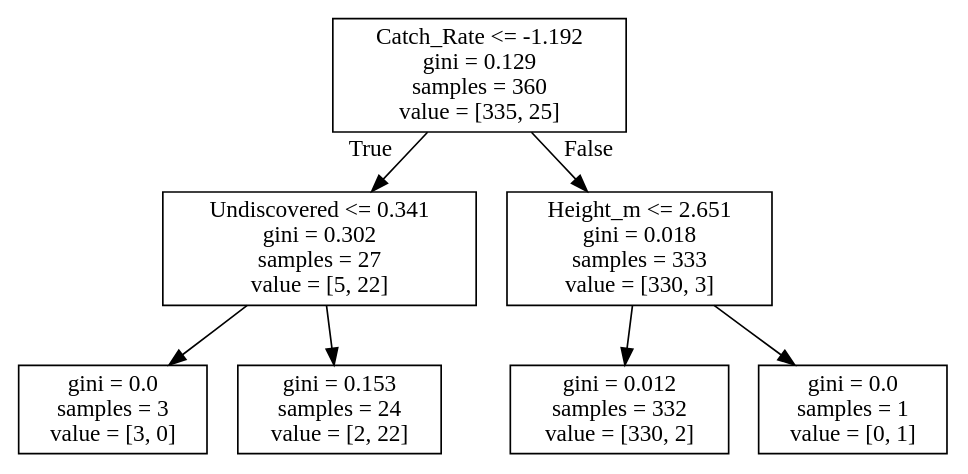
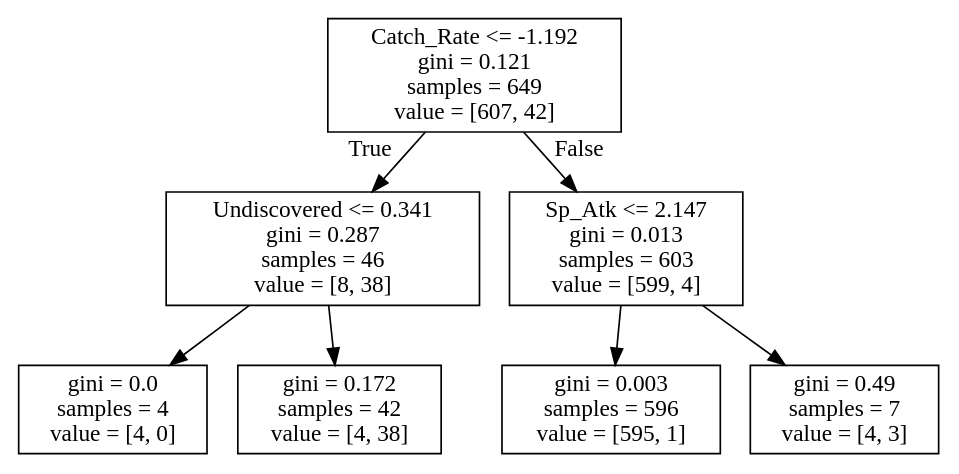
The diagram in Scripts/tree_Legendary.dot (ChristianHinge/Machine), drawn with Graphviz before and after one commit. The commit also changed 93 other files, not shown here.

```diff
--- a/Scripts/tree_Legendary.dot
+++ b/Scripts/tree_Legendary.dot
@@ -1,16 +1,16 @@
 digraph Tree {
 node [shape=box] ;
-0 [label="Catch_Rate <= -1.192\ngini = 0.129\nsamples = 360\nvalue = [335, 25]"] ;
-1 [label="Undiscovered <= 0.341\ngini = 0.302\nsamples = 27\nvalue = [5, 22]"] ;
+0 [label="Catch_Rate <= -1.192\ngini = 0.121\nsamples = 649\nvalue = [607, 42]"] ;
+1 [label="Undiscovered <= 0.341\ngini = 0.287\nsamples = 46\nvalue = [8, 38]"] ;
 0 -> 1 [labeldistance=2.5, labelangle=45, headlabel="True"] ;
-2 [label="gini = 0.0\nsamples = 3\nvalue = [3, 0]"] ;
+2 [label="gini = 0.0\nsamples = 4\nvalue = [4, 0]"] ;
 1 -> 2 ;
-3 [label="gini = 0.153\nsamples = 24\nvalue = [2, 22]"] ;
+3 [label="gini = 0.172\nsamples = 42\nvalue = [4, 38]"] ;
 1 -> 3 ;
-4 [label="Height_m <= 2.651\ngini = 0.018\nsamples = 333\nvalue = [330, 3]"] ;
+4 [label="Sp_Atk <= 2.147\ngini = 0.013\nsamples = 603\nvalue = [599, 4]"] ;
 0 -> 4 [labeldistance=2.5, labelangle=-45, headlabel="False"] ;
-5 [label="gini = 0.012\nsamples = 332\nvalue = [330, 2]"] ;
+5 [label="gini = 0.003\nsamples = 596\nvalue = [595, 1]"] ;
 4 -> 5 ;
-6 [label="gini = 0.0\nsamples = 1\nvalue = [0, 1]"] ;
+6 [label="gini = 0.49\nsamples = 7\nvalue = [4, 3]"] ;
 4 -> 6 ;
 }
```
